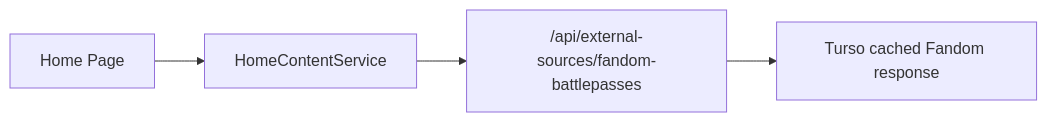
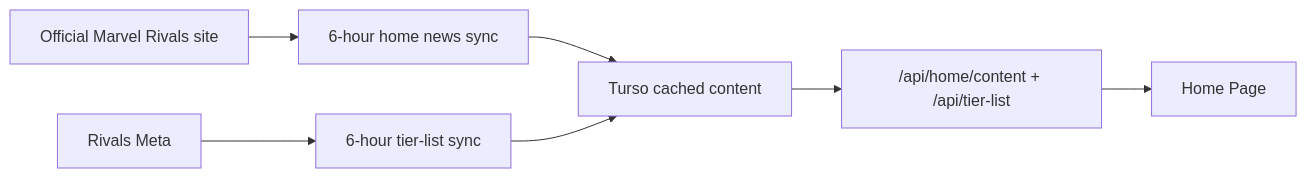
The eighth of 8 diagrams in src/ai-context/docs/content-data-flow.md (anthonyturner/marvel-rivals-coach), drawn with Mermaid before and after one commit. The commit also changed other lines of this file and 18 other files, not shown here.

Commit message:
Make home content dynamic

````diff
--- a/src/ai-context/docs/content-data-flow.md
+++ b/src/ai-context/docs/content-data-flow.md
@@ -249,6 +244,9 @@
 ```mermaid
 flowchart LR
-  HomePage["Home Page"] --> HomeService["HomeContentService"]
-  HomeService --> Api["/api/external-sources/fandom-battlepasses"]
-  Api --> DB["Turso cached Fandom response"]
+  Official["Official Marvel Rivals site"] --> HomeSync["6-hour home news sync"]
+  Stats["Rivals Meta"] --> TierSync["6-hour tier-list sync"]
+  HomeSync --> DB["Turso cached content"]
+  TierSync --> DB
+  DB --> Api["/api/home/content + /api/tier-list"]
+  Api --> HomePage["Home Page"]
 ```
````
